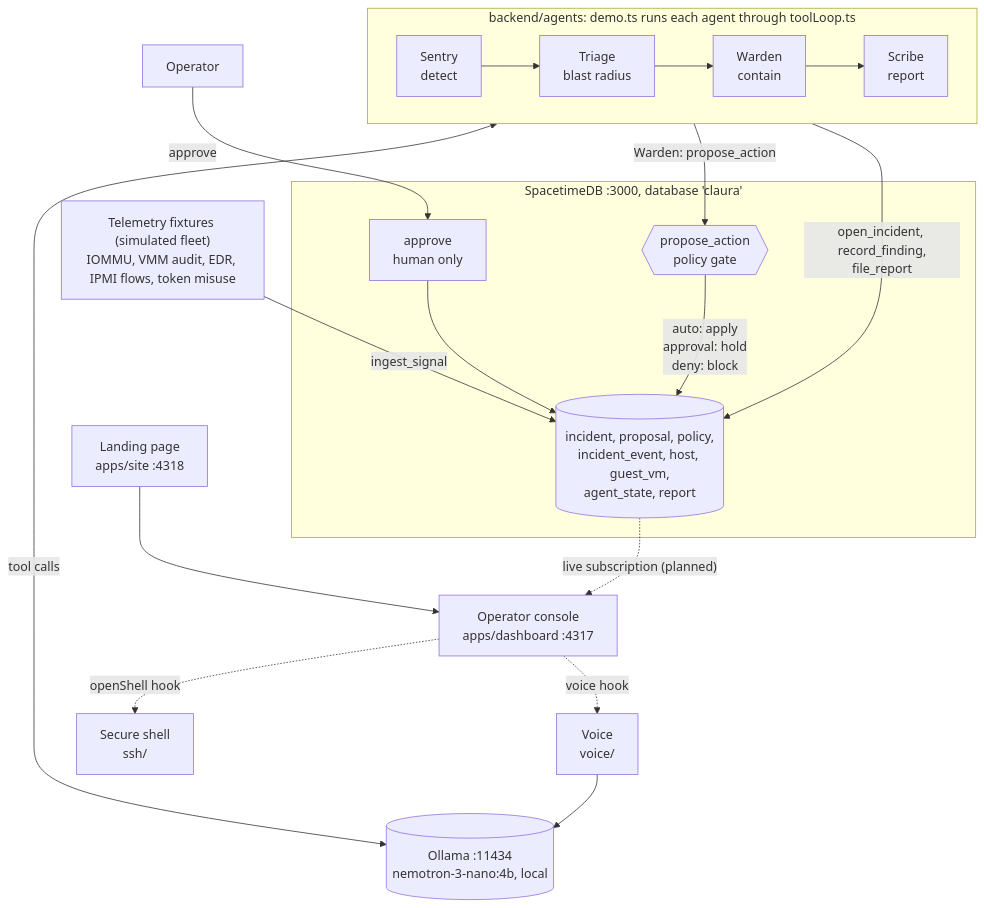
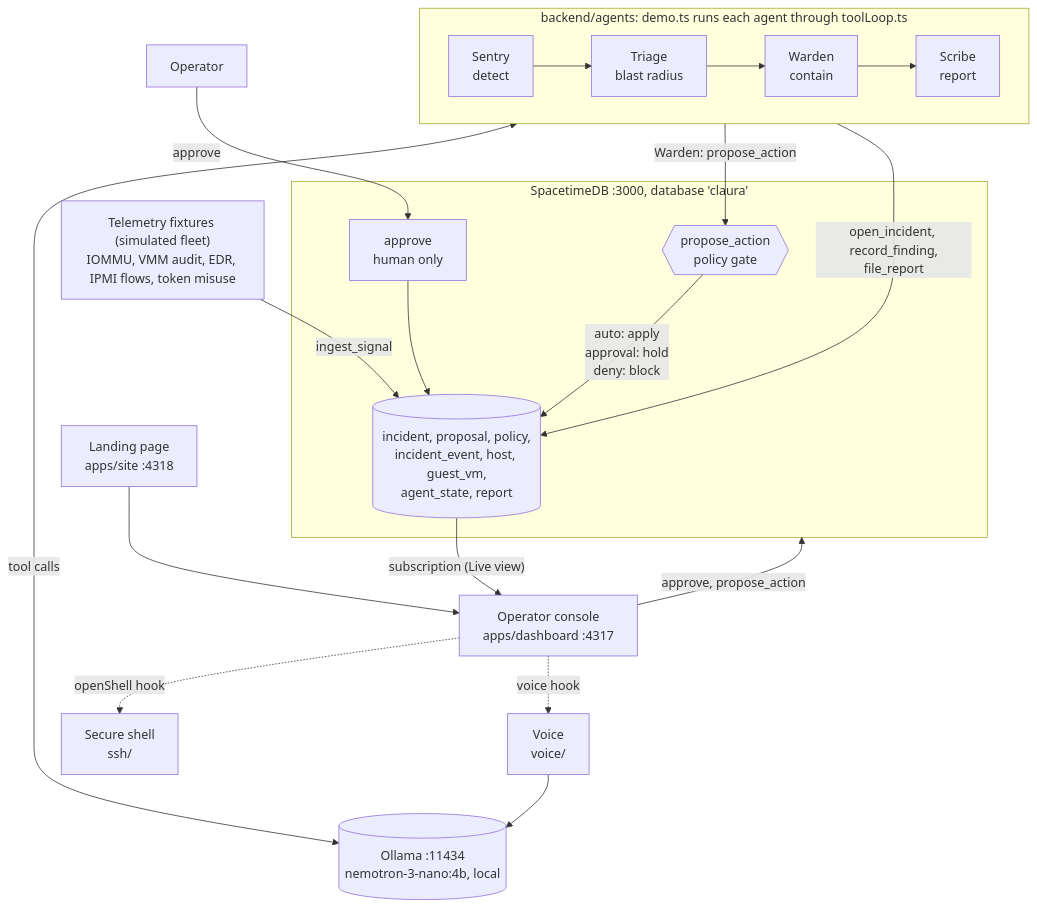
Before and after one commit to zero-abd/claura: the first of 5 diagrams in README.md, drawn with Mermaid. The commit also changed other lines of this file and 1 other file, not shown here.

First line of the commit message:
Docs: demo flow and README for the console's Live view

````diff
--- a/README.md
+++ b/README.md
@@ -79,36 +79,37 @@
 ```mermaid
 flowchart TB
   T["Telemetry fixtures (simulated fleet)<br/>IOMMU, VMM audit, EDR, IPMI flows, token misuse"]
   O[("Ollama :11434<br/>nemotron-3-nano:4b, local")]
 
   subgraph Agents["backend/agents: demo.ts runs each agent through toolLoop.ts"]
     direction LR
     S["Sentry<br/>detect"] --> TR["Triage<br/>blast radius"] --> W["Warden<br/>contain"] --> SC["Scribe<br/>report"]
   end
 
   H["Operator"]
 
   subgraph STDB["SpacetimeDB :3000, database 'claura'"]
     G{{"propose_action<br/>policy gate"}}
     A["approve<br/>human only"]
     TB[("incident, proposal, policy,<br/>incident_event, host, guest_vm,<br/>agent_state, report")]
     G -->|"auto: apply<br/>approval: hold<br/>deny: block"| TB
     A --> TB
   end
 
   C["Operator console<br/>apps/dashboard :4317"]
   SITE["Landing page<br/>apps/site :4318"]
   SSH["Secure shell<br/>ssh/"]
   V["Voice<br/>voice/"]
 
   T -->|"ingest_signal"| TB
   Agents <-->|"tool calls"| O
   Agents -->|"Warden: propose_action"| G
   Agents -->|"open_incident, record_finding,<br/>file_report"| TB
   H -->|"approve"| A
   SITE --> C
-  TB -. "live subscription (planned)" .-> C
+  TB -->|"subscription (Live view)"| C
+  C -->|"approve, propose_action"| STDB
   C -. "openShell hook" .-> SSH
   C -. "voice hook" .-> V
   V --> O
 ```
````
